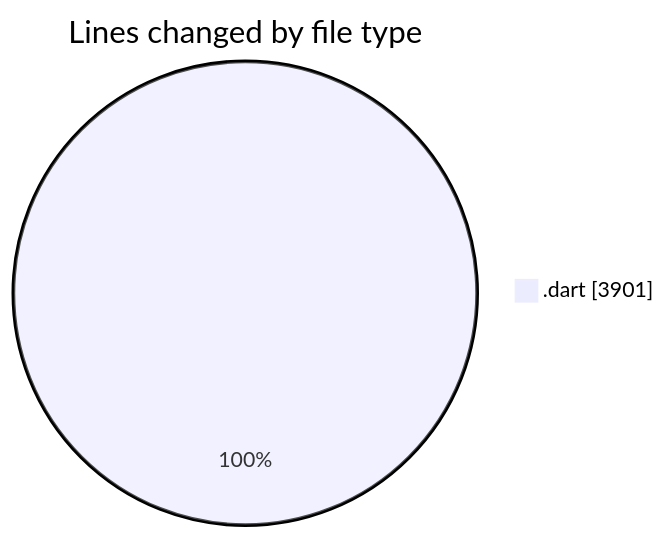
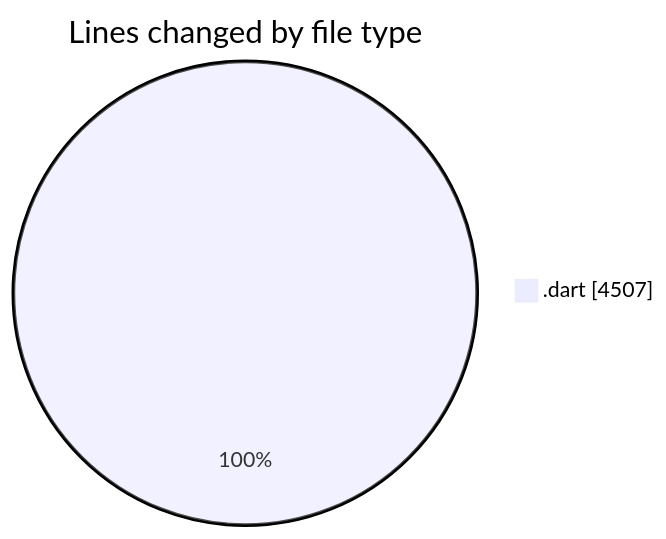
The first of 2 diagrams in 2025-08-17/studybuddy/README.md (lephambinh05/code-tracking), drawn with Mermaid before and after one commit. The commit also changed other lines of this file and 1 other file, not shown here.

````diff
--- a/2025-08-17/studybuddy/README.md
+++ b/2025-08-17/studybuddy/README.md
@@ -32,5 +32,5 @@
 ```mermaid
 pie showData
 title Lines changed by file type
-".dart" : 3901
+".dart" : 4507
 ```
````
